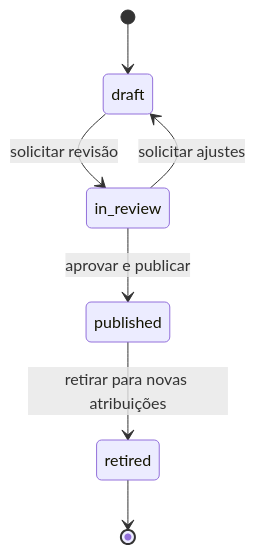
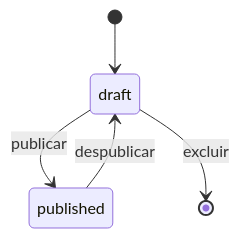
The first of 10 diagrams in docs/domain/LIFECYCLES_AND_STATE_MACHINES.md (pablo-marchina/LMS-estimulo), drawn with Mermaid before and after one commit. The commit also changed other lines of this file and 23 other files, not shown here.

````diff
--- a/docs/domain/LIFECYCLES_AND_STATE_MACHINES.md
+++ b/docs/domain/LIFECYCLES_AND_STATE_MACHINES.md
@@ -26,9 +18,7 @@
 ```mermaid
 stateDiagram-v2
     [*] --> draft
-    draft --> in_review: solicitar revisão
-    in_review --> draft: solicitar ajustes
-    in_review --> published: aprovar e publicar
-    published --> retired: retirar para novas atribuições
-    retired --> [*]
+    draft --> published: publicar
+    published --> draft: despublicar
+    draft --> [*]: excluir
 ```
````
